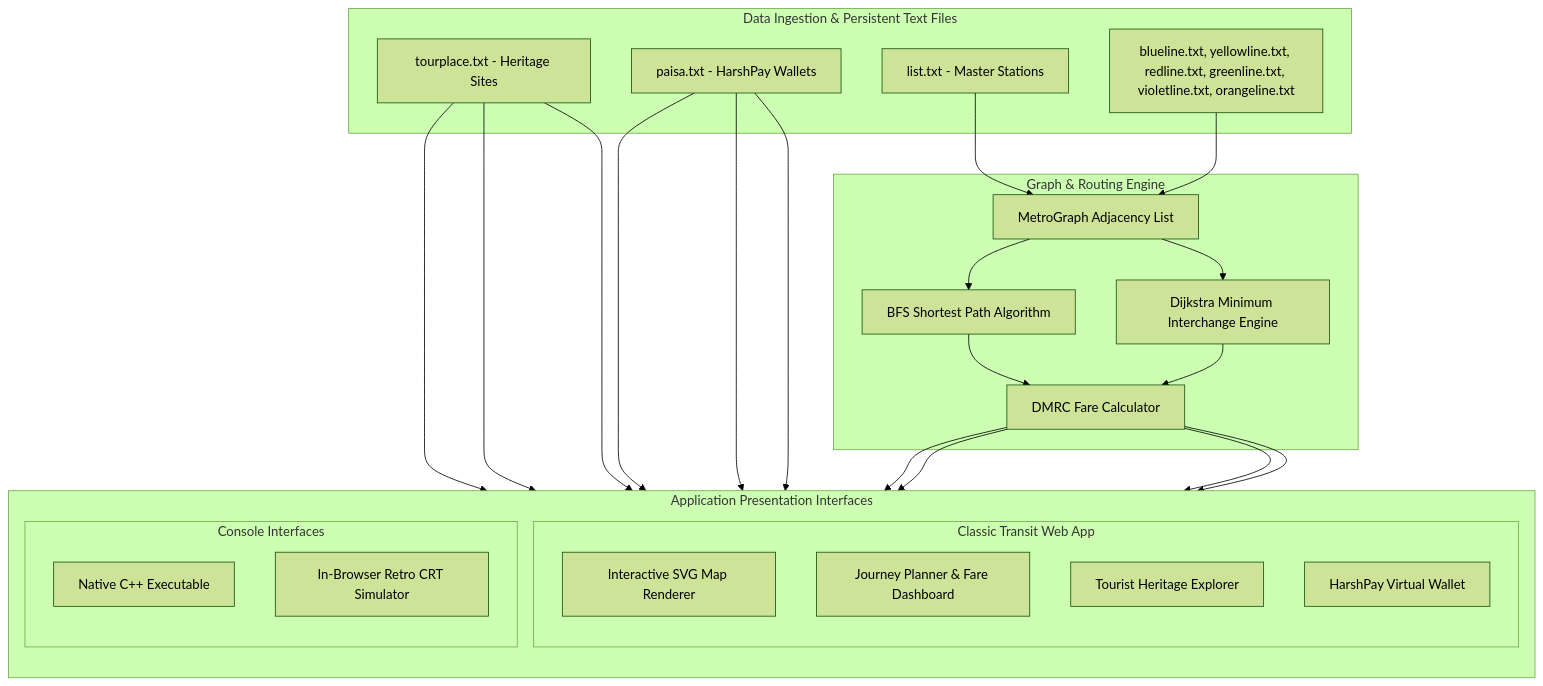
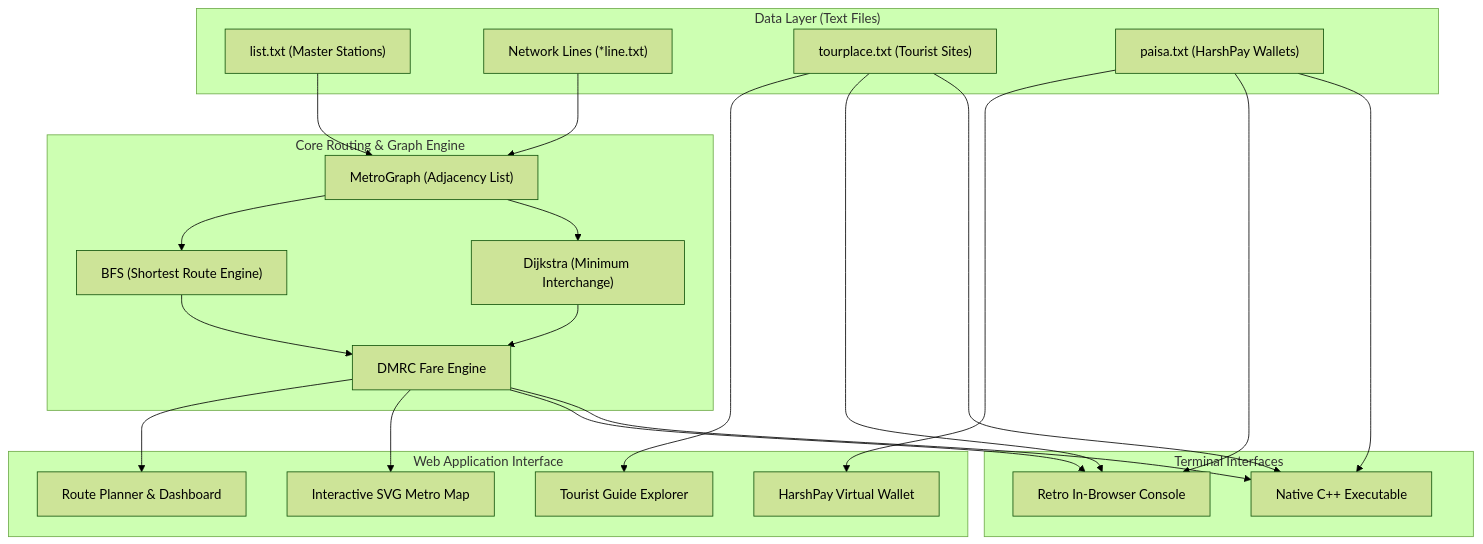
One commit to Harshkumar2306/metro-route-finder- changed the diagram in README.md. Above: the diagram before and after it, drawn with Mermaid (forest theme).

Commit message:
fix(docs): resolve GitHub Mermaid diagram syntax errors

````diff
--- a/README.md
+++ b/README.md
@@ -75,37 +75,45 @@
 ```mermaid
-flowchart TB
-    subgraph DataLayer [Data Ingestion & Persistent Text Files]
-        L[list.txt - Master Stations]
-        Lines[blueline.txt, yellowline.txt, redline.txt, greenline.txt, violetline.txt, orangeline.txt]
-        T[tourplace.txt - Heritage Sites]
-        P[paisa.txt - HarshPay Wallets]
+flowchart TD
+    subgraph DataLayer["Data Layer (Text Files)"]
+        L["list.txt (Master Stations)"]
+        Lines["Network Lines (*line.txt)"]
+        T["tourplace.txt (Tourist Sites)"]
+        P["paisa.txt (HarshPay Wallets)"]
     end
 
-    subgraph CoreEngine [Graph & Routing Engine]
-        MG[MetroGraph Adjacency List]
-        BFS[BFS Shortest Path Algorithm]
-        DIJ[Dijkstra Minimum Interchange Engine]
-        FC[DMRC Fare Calculator]
+    subgraph CoreEngine["Core Routing & Graph Engine"]
+        MG["MetroGraph (Adjacency List)"]
+        BFS["BFS (Shortest Route Engine)"]
+        DIJ["Dijkstra (Minimum Interchange)"]
+        FC["DMRC Fare Engine"]
     end
 
-    subgraph Interfaces [Application Presentation Interfaces]
-        direction TB
-        subgraph WebApp [Classic Transit Web App]
-            SVG[Interactive SVG Map Renderer]
-            Sidebar[Journey Planner & Fare Dashboard]
-            TG[Tourist Heritage Explorer]
-            HP[HarshPay Virtual Wallet]
-        end
-        subgraph CLI [Console Interfaces]
-            CPP[Native C++ Executable]
-            TERM[In-Browser Retro CRT Simulator]
-        end
+    subgraph WebApp["Web Application Interface"]
+        SVG["Interactive SVG Metro Map"]
+        Sidebar["Route Planner & Dashboard"]
+        TG["Tourist Guide Explorer"]
+        HP["HarshPay Virtual Wallet"]
     end
 
-    L & Lines --> MG
-    T --> TG & TERM & CPP
-    P --> HP & TERM & CPP
-    MG --> BFS & DIJ
-    BFS & DIJ --> FC
-    FC --> Sidebar & SVG & TERM & CPP
+    subgraph CLI["Terminal Interfaces"]
+        CPP["Native C++ Executable"]
+        TERM["Retro In-Browser Console"]
+    end
+
+    L --> MG
+    Lines --> MG
+    MG --> BFS
+    MG --> DIJ
+    BFS --> FC
+    DIJ --> FC
+    FC --> Sidebar
+    FC --> SVG
+    FC --> TERM
+    FC --> CPP
+    T --> TG
+    T --> TERM
+    T --> CPP
+    P --> HP
+    P --> TERM
+    P --> CPP
 ```
````
